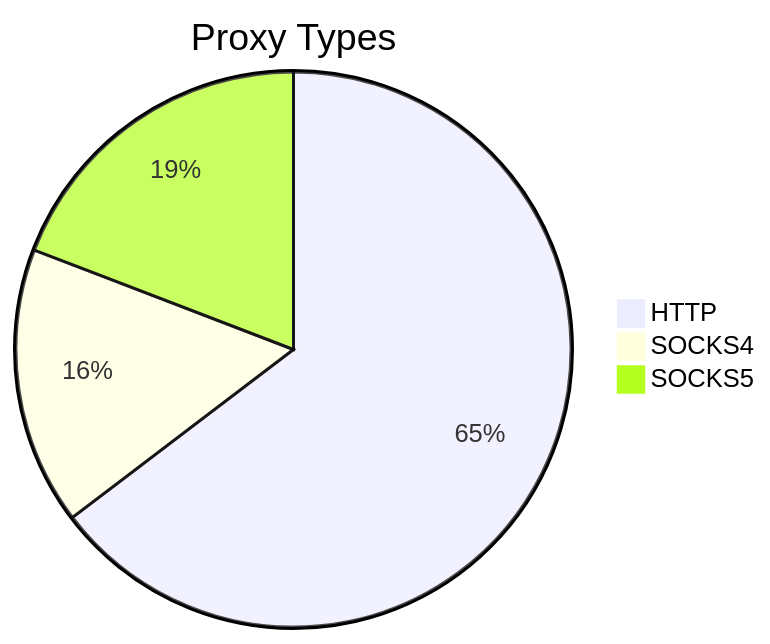
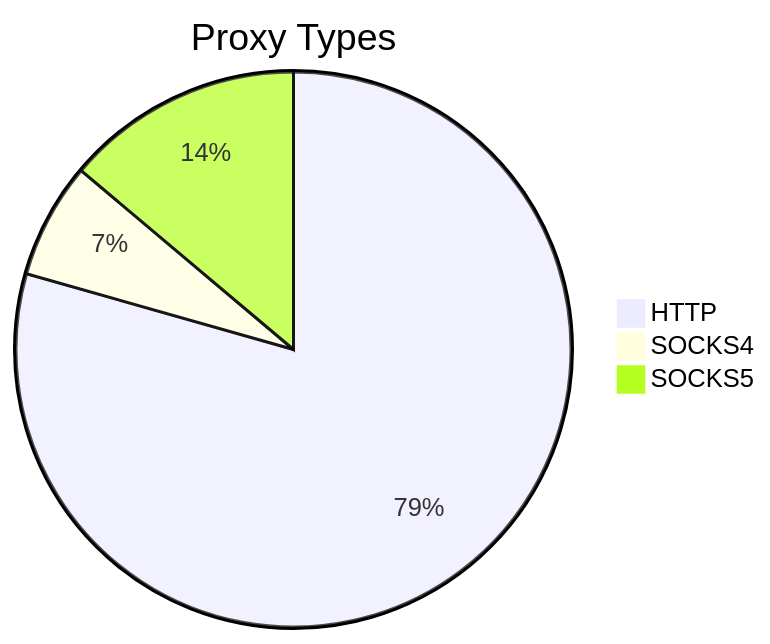
Before and after one commit to stormsia/proxy-list: the first of 2 diagrams in README.md, drawn with Mermaid. The commit also changed other lines of this file, not shown here.

````diff
--- a/README.md
+++ b/README.md
@@ -21,6 +21,6 @@
 ```mermaid
 pie title Proxy Types
-    "HTTP" : 172
-    "SOCKS4" : 43
-    "SOCKS5" : 51
+    "HTTP" : 212
+    "SOCKS4" : 18
+    "SOCKS5" : 37
 ```
````
